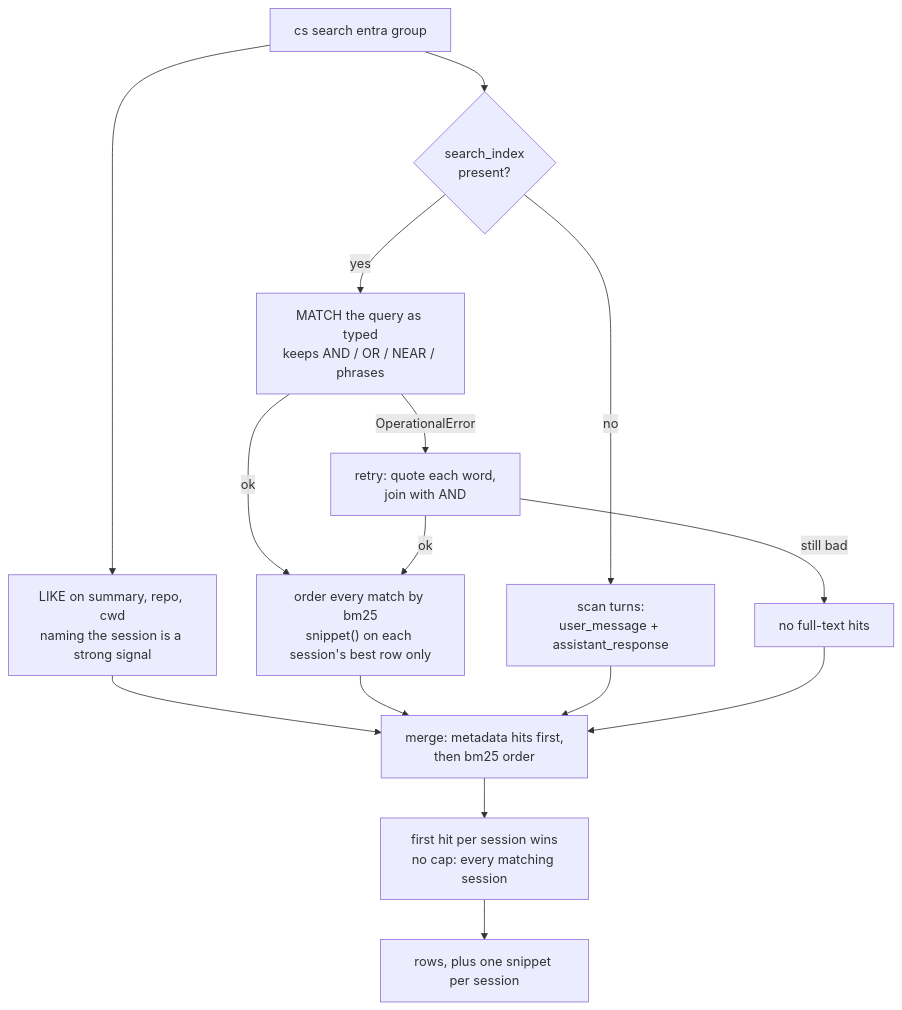
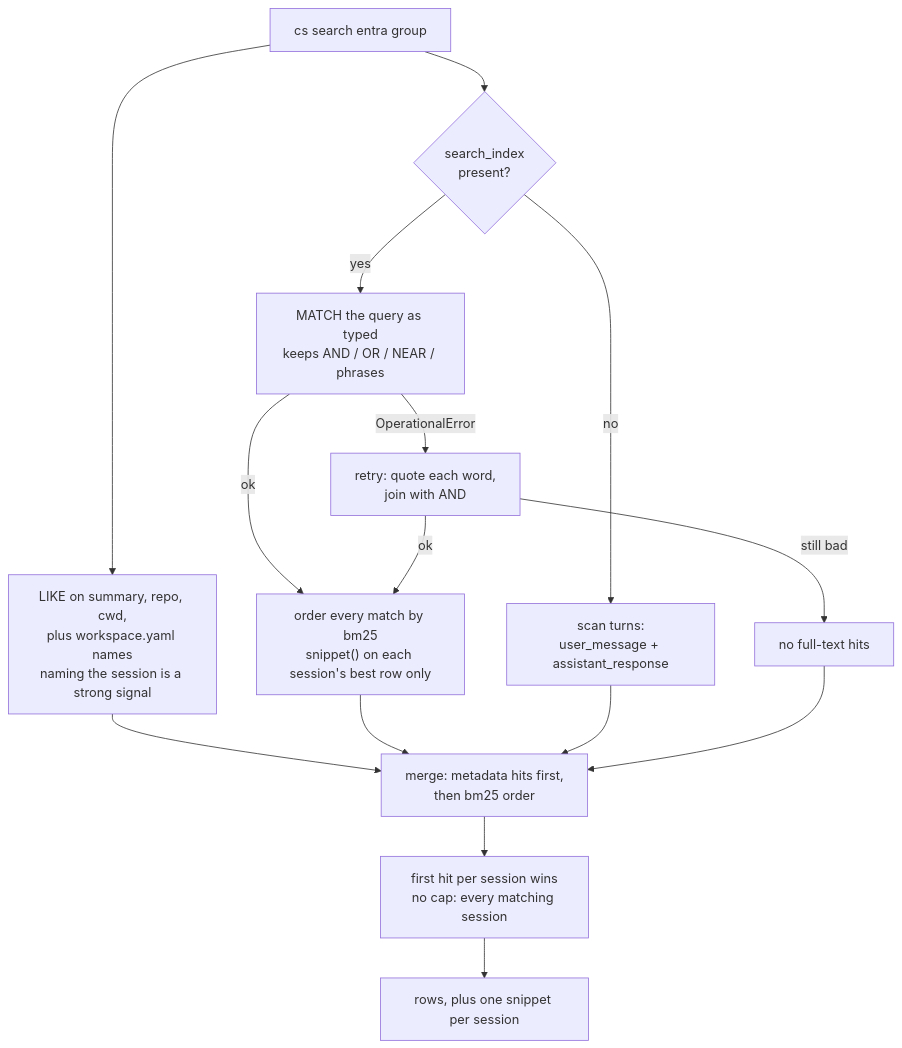
The fourth of 10 diagrams in ARCHITECTURE.md (smaharajan/copilot-sessions), drawn with Mermaid before and after one commit. The commit also changed other lines of this file and 9 other files, not shown here.

````diff
--- a/ARCHITECTURE.md
+++ b/ARCHITECTURE.md
@@ -221,19 +221,19 @@
 ```mermaid
 flowchart TD
-    Q["cs search entra group"] --> META["LIKE on summary, repo, cwd<br/>naming the session is a strong signal"]
+    Q["cs search entra group"] --> META["LIKE on summary, repo, cwd,<br/>plus workspace.yaml names<br/>naming the session is a strong signal"]
     Q --> HAS{"search_index<br/>present?"}
 
     HAS -->|no| SCAN["scan turns:<br/>user_message + assistant_response"]
     HAS -->|yes| RAW["MATCH the query as typed<br/>keeps AND / OR / NEAR / phrases"]
     RAW -->|OperationalError| SAFE["retry: quote each word,<br/>join with AND"]
     RAW -->|ok| RANK
     SAFE -->|ok| RANK["order every match by bm25<br/>snippet() on each session's best row only"]
     SAFE -->|still bad| NONE["no full-text hits"]
 
     META --> MERGE["merge: metadata hits first,<br/>then bm25 order"]
     RANK --> MERGE
     SCAN --> MERGE
     NONE --> MERGE
     MERGE --> DEDUP["first hit per session wins<br/>no cap: every matching session"]
     DEDUP --> OUT["rows, plus one snippet per session"]
 ```
````
